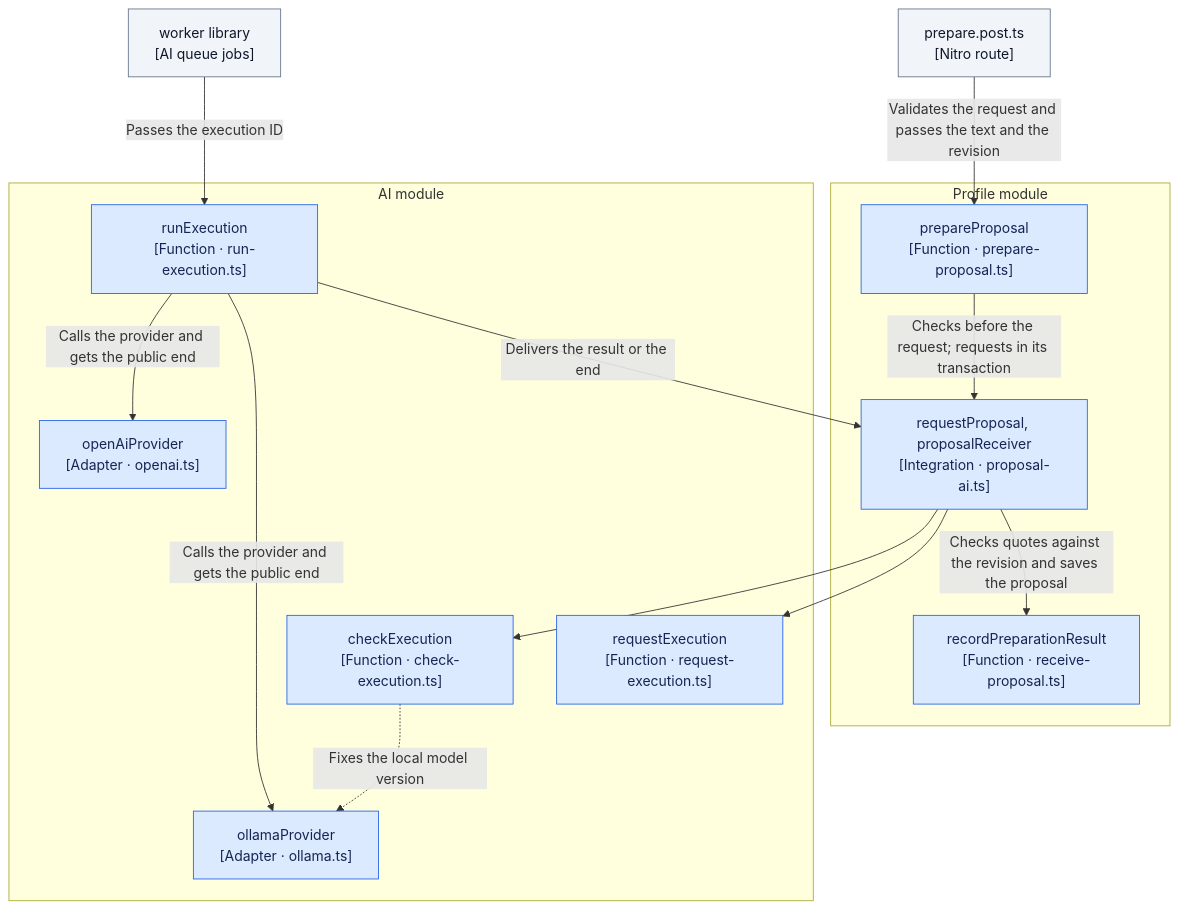
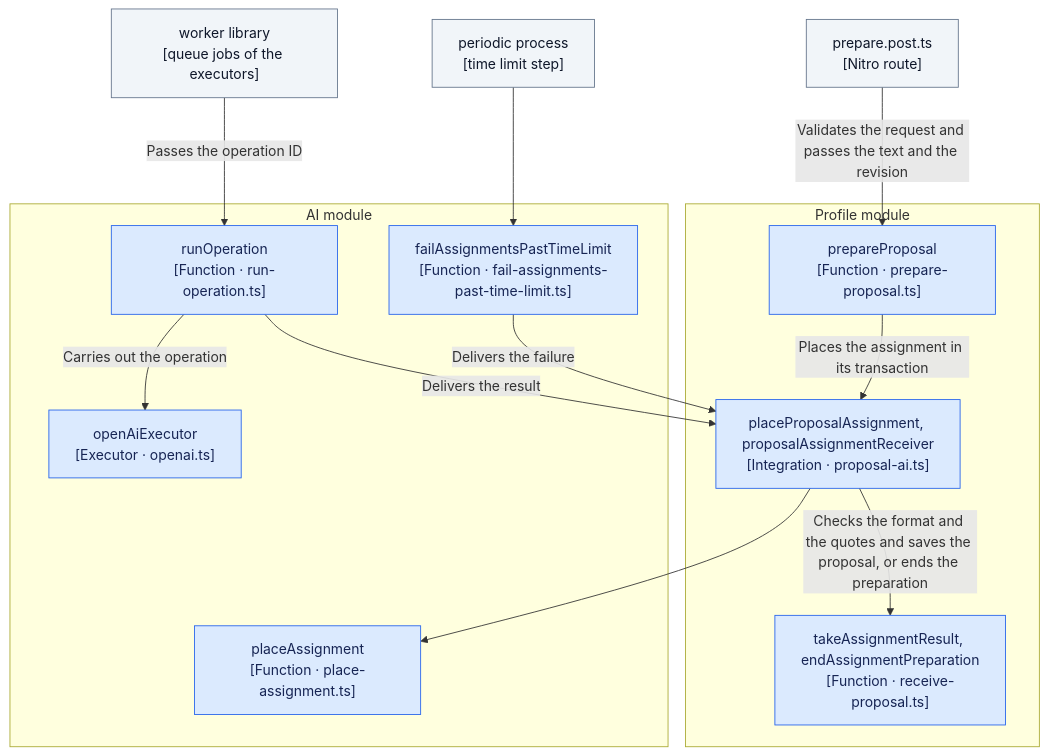
The fifth of 5 diagrams in docs/architecture/README.md (pioziol123/ofertorix-rekrutus), drawn with Mermaid before and after one commit. The commit also changed other lines of this file and 24 other files, not shown here.

Commit message:
oferty-pracy-sq2.8: Prepare a profile proposal through one AI assignment taken by the Profile's receiver; drop the resuming of preparations and its periodic step

````diff
--- a/docs/architecture/README.md
+++ b/docs/architecture/README.md
@@ -184,35 +184,34 @@
 ```mermaid
 flowchart TB
   Prepare["prepare.post.ts<br/>[Nitro route]"]
-  Worker["worker library<br/>[AI queue jobs]"]
+  Worker["worker library<br/>[queue jobs of the executors]"]
+  Periodic["periodic process<br/>[time limit step]"]
 
   subgraph Profile["Profile module"]
     Enqueue["prepareProposal<br/>[Function · prepare-proposal.ts]"]
-    Integration["requestProposal, proposalReceiver<br/>[Integration · proposal-ai.ts]"]
-    Receive["recordPreparationResult<br/>[Function · receive-proposal.ts]"]
+    Integration["placeProposalAssignment, proposalAssignmentReceiver<br/>[Integration · proposal-ai.ts]"]
+    Receive["takeAssignmentResult, endAssignmentPreparation<br/>[Function · receive-proposal.ts]"]
   end
 
   subgraph AI["AI module"]
-    Check["checkExecution<br/>[Function · check-execution.ts]"]
-    Request["requestExecution<br/>[Function · request-execution.ts]"]
-    Run["runExecution<br/>[Function · run-execution.ts]"]
-    OpenAI["openAiProvider<br/>[Adapter · openai.ts]"]
-    Ollama["ollamaProvider<br/>[Adapter · ollama.ts]"]
+    Place["placeAssignment<br/>[Function · place-assignment.ts]"]
+    Run["runOperation<br/>[Function · run-operation.ts]"]
+    Limit["failAssignmentsPastTimeLimit<br/>[Function · fail-assignments-past-time-limit.ts]"]
+    OpenAI["openAiExecutor<br/>[Executor · openai.ts]"]
   end
 
   Prepare -->|"Validates the request and passes the text and the revision"| Enqueue
-  Enqueue -->|"Checks before the request; requests in its transaction"| Integration
-  Integration --> Check
-  Integration --> Request
-  Check -.->|"Fixes the local model version"| Ollama
-  Worker -->|"Passes the execution ID"| Run
-  Run -->|"Calls the provider and gets the public end"| OpenAI
-  Run -->|"Calls the provider and gets the public end"| Ollama
-  Run -->|"Delivers the result or the end"| Integration
-  Integration -->|"Checks quotes against the revision and saves the proposal"| Receive
+  Enqueue -->|"Places the assignment in its transaction"| Integration
+  Integration --> Place
+  Worker -->|"Passes the operation ID"| Run
+  Run -->|"Carries out the operation"| OpenAI
+  Run -->|"Delivers the result"| Integration
+  Periodic --> Limit
+  Limit -->|"Delivers the failure"| Integration
+  Integration -->|"Checks the format and the quotes and saves the proposal, or ends the preparation"| Receive
 
   classDef internal fill:#dbeafe,stroke:#2563eb,color:#172554
   classDef external fill:#f1f5f9,stroke:#64748b,color:#0f172a
-  class Enqueue,Integration,Receive,Check,Request,Run,OpenAI,Ollama internal
-  class Prepare,Worker external
+  class Enqueue,Integration,Receive,Place,Run,Limit,OpenAI internal
+  class Prepare,Worker,Periodic external
 ```
````
